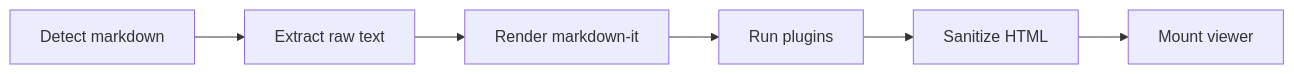
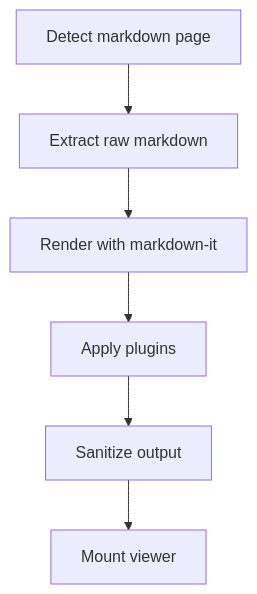
The first of 3 diagrams in sample-test-markdown.md (thaibalong7/markdown-viewer-chrome-extension), drawn with Mermaid before and after one commit. The commit also changed other lines of this file and 3 other files, not shown here.

First line of the commit message:
fix: render mermaid diagrams and improve page visibility handling

````diff
--- a/sample-test-markdown.md
+++ b/sample-test-markdown.md
@@ -364,8 +364,8 @@
 ```mermaid
-flowchart LR
-  A[Detect markdown] --> B[Extract raw text]
-  B --> C[Render markdown-it]
-  C --> D[Run plugins]
-  D --> E[Sanitize HTML]
+graph TD
+  A[Detect markdown page] --> B[Extract raw markdown]
+  B --> C[Render with markdown-it]
+  C --> D[Apply plugins]
+  D --> E[Sanitize output]
   E --> F[Mount viewer]
 ```
````
